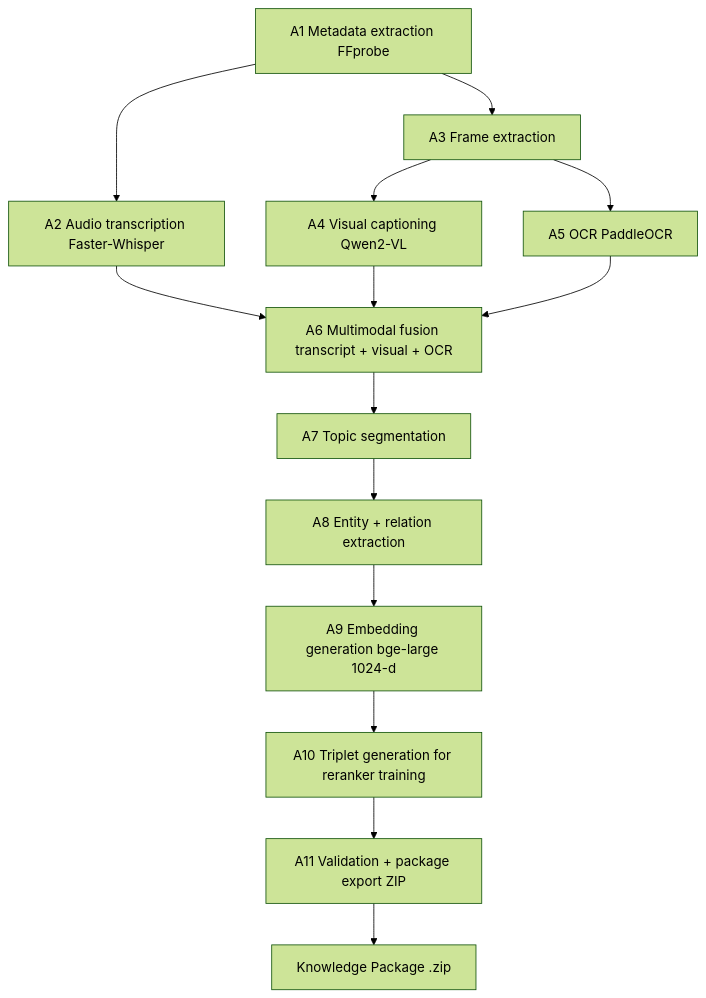
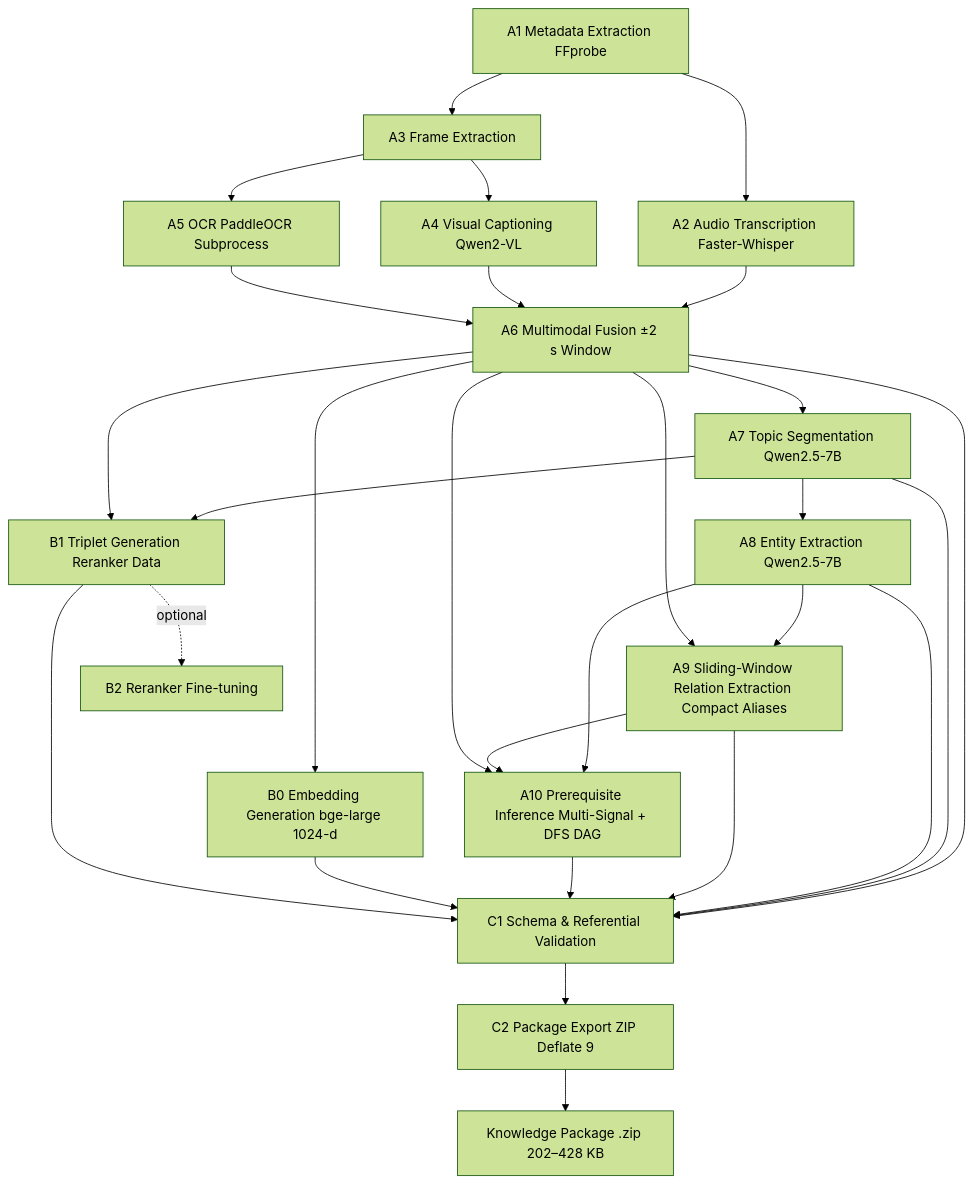
Before and after one commit to surjit10/LectureMIND.: the diagram in docs/PIPELINE.md, drawn with Mermaid (forest theme). The commit also changed other lines of this file and 10 other files, not shown here.

Commit message:
docs: synchronize metrics, multi-lecture yield, and production architecture

````diff
--- a/docs/PIPELINE.md
+++ b/docs/PIPELINE.md
@@ -31,16 +33,18 @@
 ```mermaid
 flowchart TD
-    A1[A1 Metadata extraction FFprobe] --> A2[A2 Audio transcription Faster-Whisper]
-    A1 --> A3[A3 Frame extraction]
-    A3 --> A4[A4 Visual captioning Qwen2-VL]
-    A3 --> A5[A5 OCR PaddleOCR]
-    A2 --> A6[A6 Multimodal fusion transcript + visual + OCR]
-    A4 --> A6
-    A5 --> A6
-    A6 --> A7[A7 Topic segmentation]
-    A7 --> A8[A8 Entity + relation extraction]
-    A8 --> A9[A9 Embedding generation bge-large 1024-d]
-    A9 --> A10[A10 Triplet generation for reranker training]
-    A10 --> A11[A11 Validation + package export ZIP]
-    A11 --> PKG[Knowledge Package .zip]
+    A1[A1 Metadata Extraction FFprobe] --> A2[A2 Audio Transcription Faster-Whisper]
+    A1 --> A3[A3 Frame Extraction]
+    A3 --> A4[A4 Visual Captioning Qwen2-VL]
+    A3 --> A5[A5 OCR PaddleOCR Subprocess]
+    A2 & A4 & A5 --> A6[A6 Multimodal Fusion ±2 s Window]
+    A6 --> A7[A7 Topic Segmentation Qwen2.5-7B]
+    A7 --> A8[A8 Entity Extraction Qwen2.5-7B]
+    A8 & A6 --> A9[A9 Sliding-Window Relation Extraction Compact Aliases]
+    A8 & A9 & A6 --> A10[A10 Prerequisite Inference Multi-Signal + DFS DAG]
+    A6 --> B0[B0 Embedding Generation bge-large 1024-d]
+    A7 & A6 --> B1[B1 Triplet Generation Reranker Data]
+    B1 -.->|optional| B2[B2 Reranker Fine-tuning]
+    A6 & A7 & A8 & A9 & A10 & B0 & B1 --> C1[C1 Schema & Referential Validation]
+    C1 --> C2[C2 Package Export ZIP Deflate 9]
+    C2 --> PKG[Knowledge Package .zip 202–428 KB]
 ```
````
